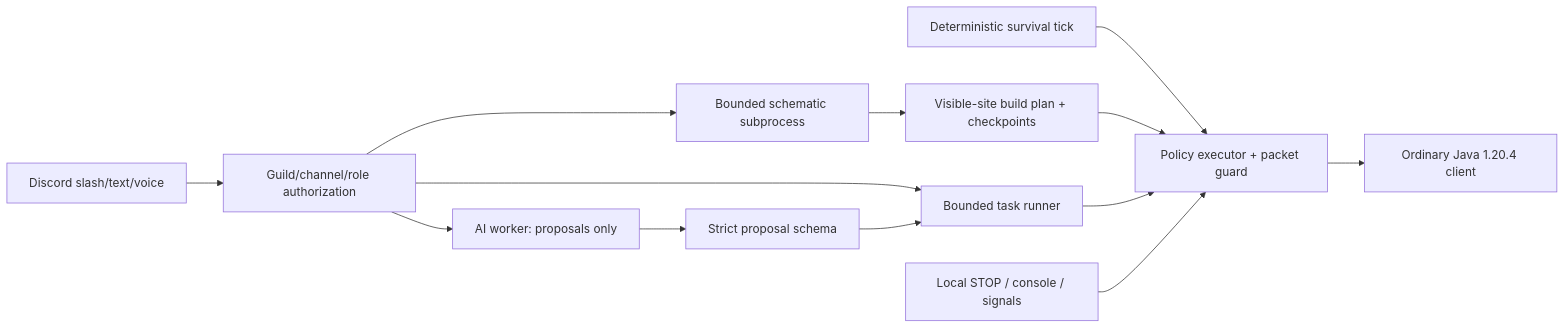
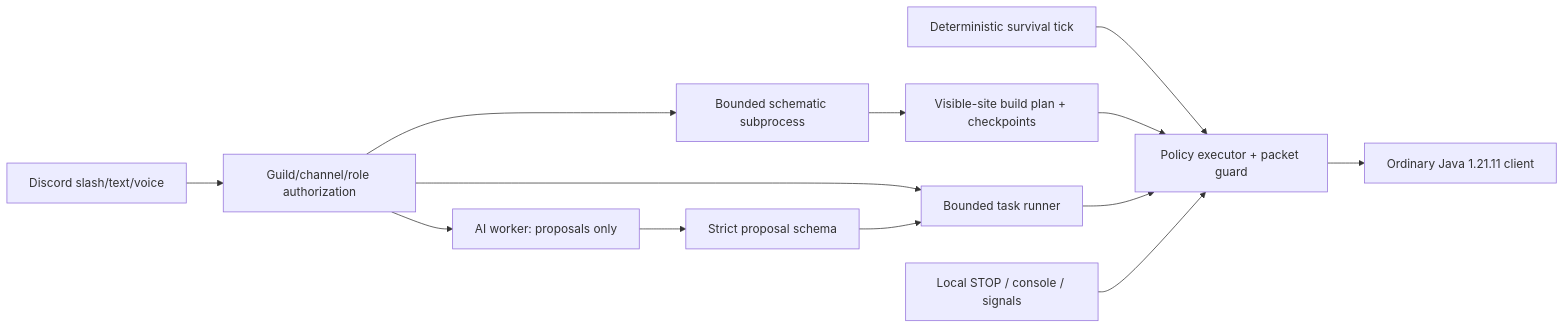
The diagram in docs/architecture.md (BoatChinasAreFake/upgraded-carnival), drawn with Mermaid before and after one commit. The commit also changed other lines of this file and 20 other files, not shown here.

````diff
--- a/docs/architecture.md
+++ b/docs/architecture.md
@@ -3,15 +3,15 @@
 ```mermaid
 flowchart LR
     Tick[Deterministic survival tick] --> Exec[Policy executor + packet guard]
     Discord[Discord slash/text/voice] --> Roles[Guild/channel/role authorization]
     Roles --> Tasks[Bounded task runner]
     Roles --> Planner[AI worker: proposals only]
     Planner --> Schema[Strict proposal schema]
     Schema --> Tasks
     Roles --> Parser[Bounded schematic subprocess]
     Parser --> Build[Visible-site build plan + checkpoints]
     Build --> Exec
     Tasks --> Exec
     Stop[Local STOP / console / signals] --> Exec
-    Exec --> MC[Ordinary Java 1.20.4 client]
+    Exec --> MC[Ordinary Java 1.21.11 client]
 ```
````
